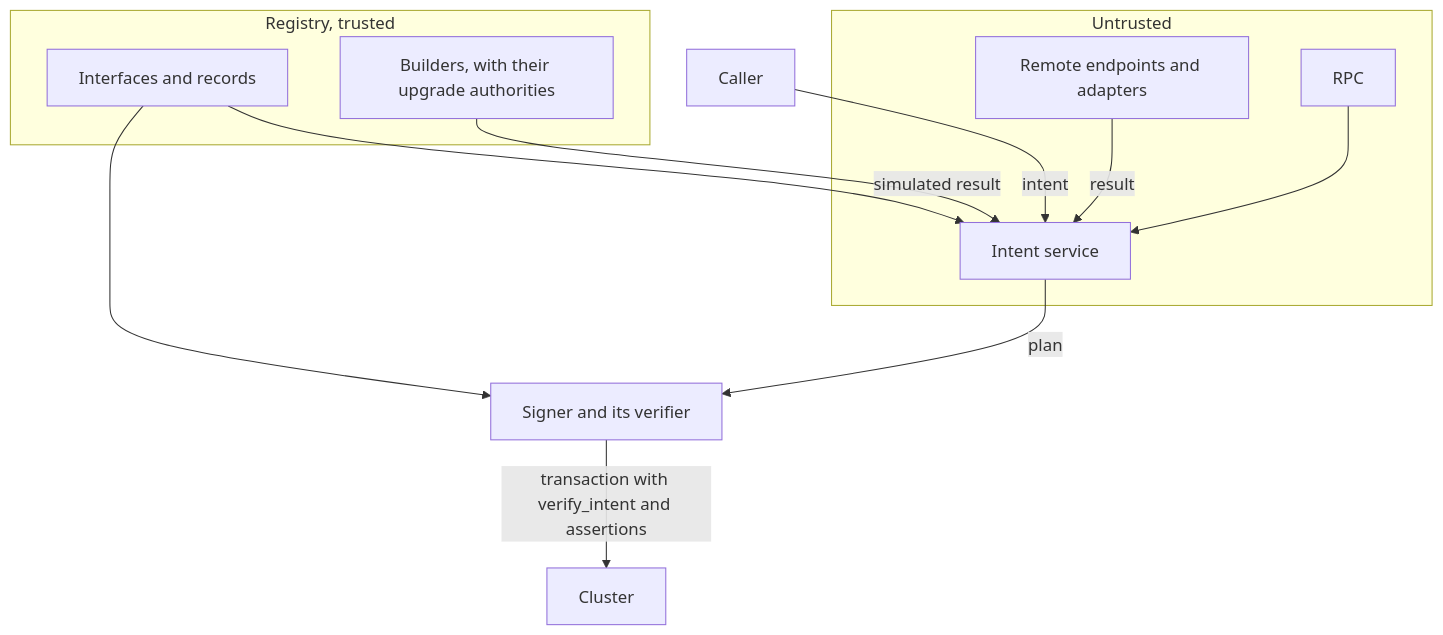
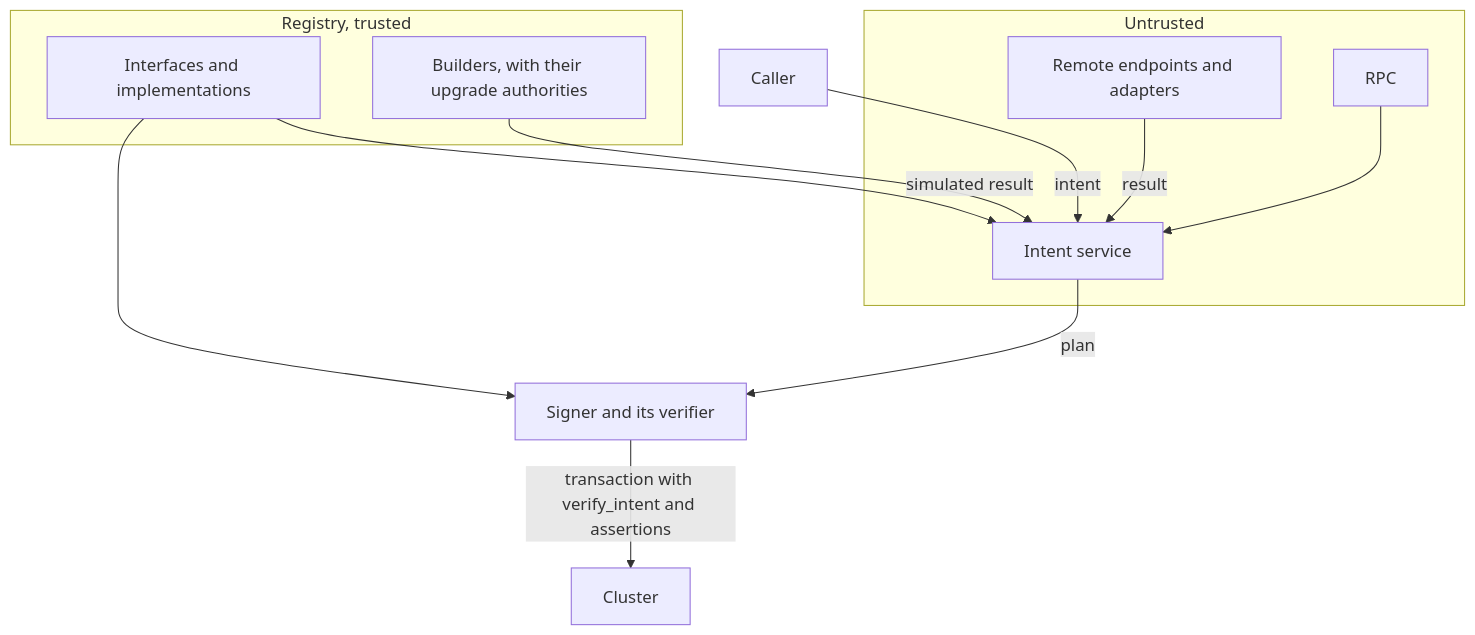
Before and after one commit to solana-foundation/solana-developer-platform: the diagram in packages/sdp-intents/DESIGN.md, drawn with Mermaid. The commit also changed other lines of this file and 71 other files, not shown here.

````diff
--- a/packages/sdp-intents/DESIGN.md
+++ b/packages/sdp-intents/DESIGN.md
@@ -887,20 +887,20 @@
 ```mermaid
 flowchart TB
   subgraph Trusted["Registry, trusted"]
-    DOC[Interfaces and records]
+    DOC[Interfaces and implementations]
     BLD[Builders, with their upgrade authorities]
   end
   subgraph Untrusted
     SVC[Intent service]
     REM[Remote endpoints and adapters]
     RPC[RPC]
   end
   CALLER[Caller] -->|intent| SVC
   DOC --> SVC
   BLD -->|simulated result| SVC
   REM -->|result| SVC
   RPC --> SVC
   SVC -->|plan| SIGNER[Signer and its verifier]
   DOC --> SIGNER
   SIGNER -->|transaction with verify_intent and assertions| CHAIN[Cluster]
 ```
````
